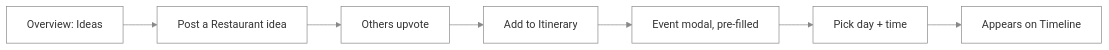
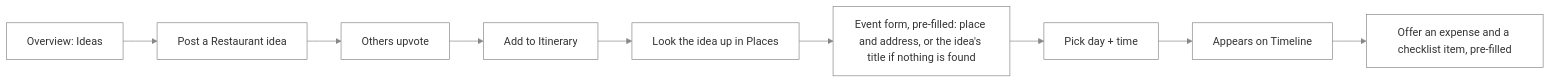
Diagram 16 of 23 in src/apps/waypoint/UX.md (NovaMoonX/moondreams-dev-apps), drawn with Mermaid before and after one commit. The commit also changed other lines of this file and 96 other files, not shown here.

First line of the commit message:
Waypoint: expense wording, plan-linked expenses with "Not paid for yet", itinerary place picks, idea lookup, follow-up after saving (#259)

````diff
--- a/src/apps/waypoint/UX.md
+++ b/src/apps/waypoint/UX.md
@@ -356,5 +356,5 @@
 ```mermaid
 %%{init: {'theme': 'base', 'themeVariables': {'primaryColor': 'transparent', 'clusterBkg': 'transparent', 'primaryBorderColor': '#888888', 'clusterBorder': '#888888', 'lineColor': '#888888', 'primaryTextColor': '#333333'}}}%%
 flowchart LR
-    A[Overview: Ideas] --> B[Post a Restaurant idea] --> C[Others upvote] --> D[Add to Itinerary] --> E[Event modal, pre-filled] --> F[Pick day + time] --> G[Appears on Timeline]
+    A[Overview: Ideas] --> B[Post a Restaurant idea] --> C[Others upvote] --> D[Add to Itinerary] --> L[Look the idea up in Places] --> E[Event form, pre-filled: place and address, or the idea's title if nothing is found] --> F[Pick day + time] --> G[Appears on Timeline] --> H[Offer an expense and a checklist item, pre-filled]
 ```
````
